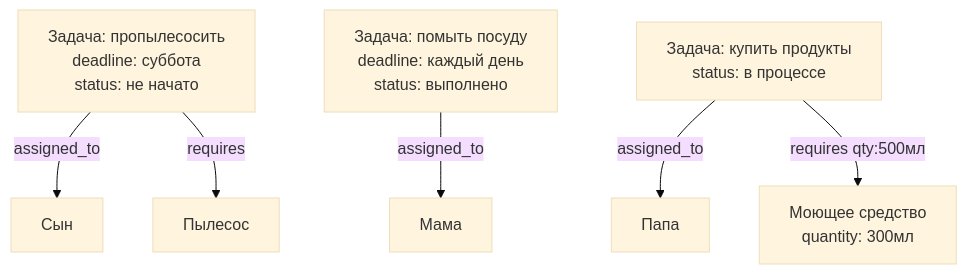
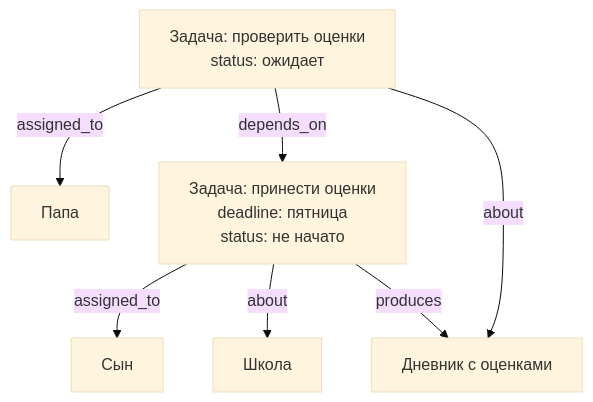
The fifth of 7 diagrams in docs/database.md (kscht/domovoy), drawn with Mermaid (base theme) before and after one commit. The commit also changed other lines of this file, not shown here.

````diff
--- a/docs/database.md
+++ b/docs/database.md
@@ -106,19 +158,17 @@
 ```mermaid
 graph TD
-    Mom[Мама]
     Son[Сын]
     Dad[Папа]
+    School[Школа]
+    Grades[Дневник с оценками]
 
-    Vacuum[Пылесос]
-    Detergent[Моющее средство\nquantity: 300мл]
-
-    T1[Задача: пропылесосить\ndeadline: суббота\nstatus: не начато]
-    T2[Задача: помыть посуду\ndeadline: каждый день\nstatus: выполнено]
-    T3[Задача: купить продукты\nstatus: в процессе]
+    T1[Задача: принести оценки\ndeadline: пятница\nstatus: не начато]
+    T2[Задача: проверить оценки\nstatus: ожидает]
 
     T1 -->|assigned_to| Son
-    T1 -->|requires| Vacuum
-    T2 -->|assigned_to| Mom
-    T3 -->|assigned_to| Dad
-    T3 -->|requires qty:500мл| Detergent
+    T1 -->|about| School
+    T1 -->|produces| Grades
+    T2 -->|assigned_to| Dad
+    T2 -->|depends_on| T1
+    T2 -->|about| Grades
 ```
````
